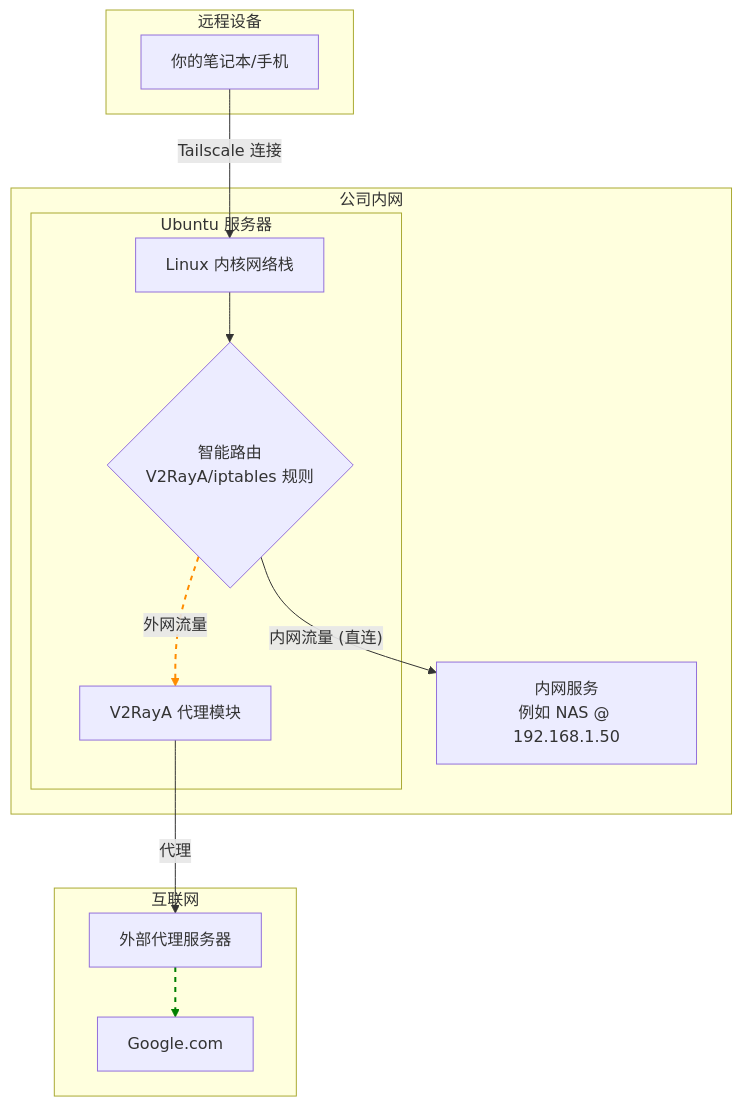
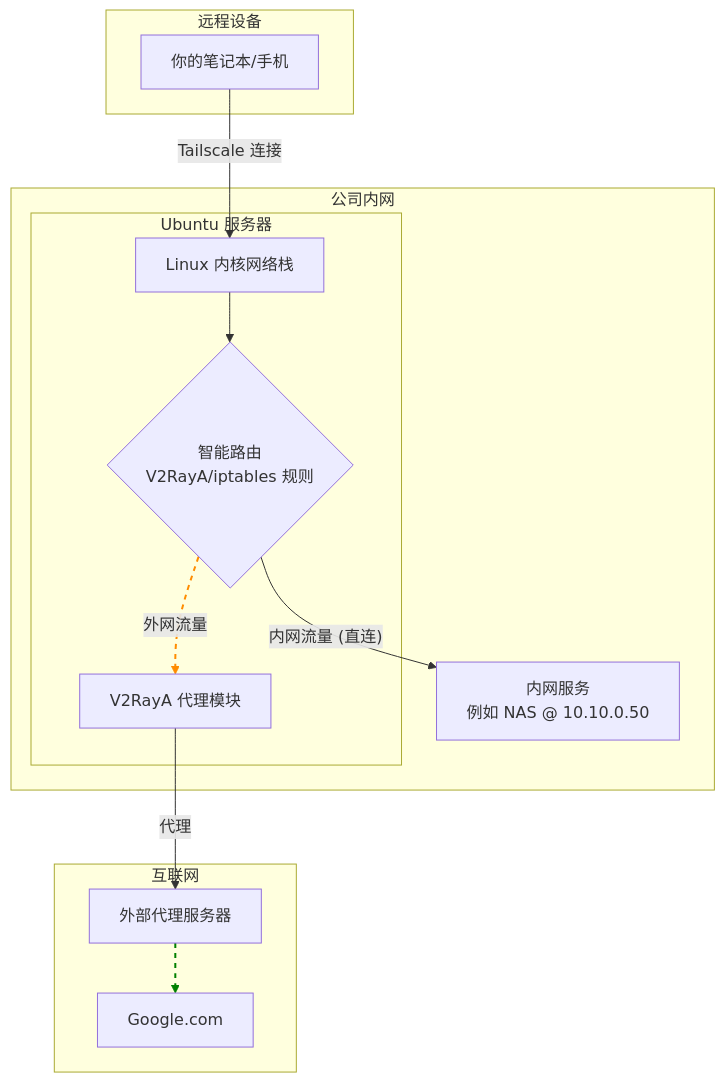
Before and after one commit to YuanQiiii/yuanqiiii.github.io: the second of 2 diagrams in docs/content/guide/网络拓扑结构.md, drawn with Mermaid. The commit also changed other lines of this file, not shown here.

````diff
--- a/docs/content/guide/网络拓扑结构.md
+++ b/docs/content/guide/网络拓扑结构.md
@@ -55,25 +63,25 @@
 ```mermaid
 graph TD
     subgraph "远程设备"
         Client[你的笔记本/手机]
     end
 
     subgraph "公司内网"
         subgraph "Ubuntu 服务器"
             Kernel[Linux 内核网络栈] --> Router{智能路由<br>V2RayA/iptables 规则}
             Router -- "外网流量" --> V2RayA[V2RayA 代理模块]
         end
-        InternalService[内网服务<br>例如 NAS @ 192.168.1.50]
+        InternalService[内网服务<br>例如 NAS @ 10.10.0.50]
     end
 
     subgraph "互联网"
         Proxy[外部代理服务器] --> Google[Google.com]
     end
 
     Client -- "Tailscale 连接" --> Kernel
     Router -- "内网流量 (直连)" --> InternalService
     V2RayA -- "代理" --> Proxy
 
     linkStyle 1 stroke:darkorange,stroke-width:2px,stroke-dasharray: 5 5
     linkStyle 2 stroke:green,stroke-width:2px,stroke-dasharray: 5 5
 ```
````
